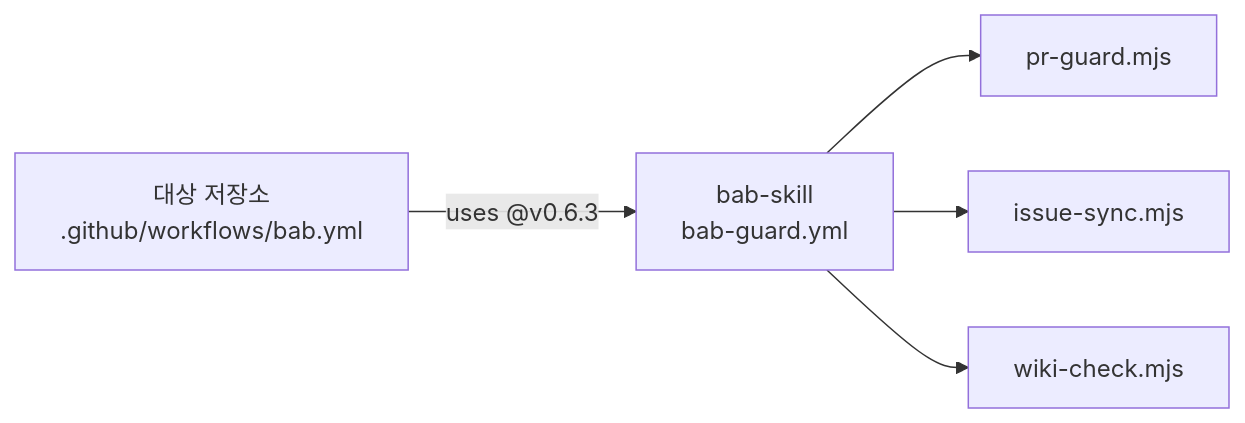
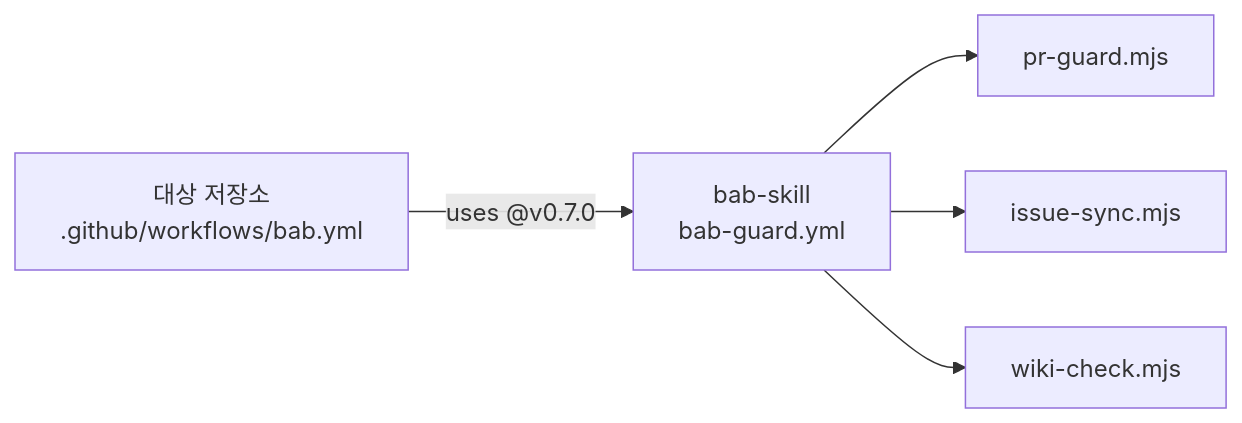
One commit to freevue/bab-skill changed the second of 4 diagrams in README.md. Above: the diagram before and after it, drawn with Mermaid. The commit also changed other lines of this file and 26 other files, not shown here.

````diff
--- a/README.md
+++ b/README.md
@@ -515,7 +541,7 @@
 ```mermaid
 flowchart LR
-  A[대상 저장소<br/>.github/workflows/bab.yml] -->|uses @v0.6.3| B[bab-skill<br/>bab-guard.yml]
+  A[대상 저장소<br/>.github/workflows/bab.yml] -->|uses @v0.7.0| B[bab-skill<br/>bab-guard.yml]
   B --> C[pr-guard.mjs]
   B --> D[issue-sync.mjs]
   B --> E[wiki-check.mjs]
 ```
````
